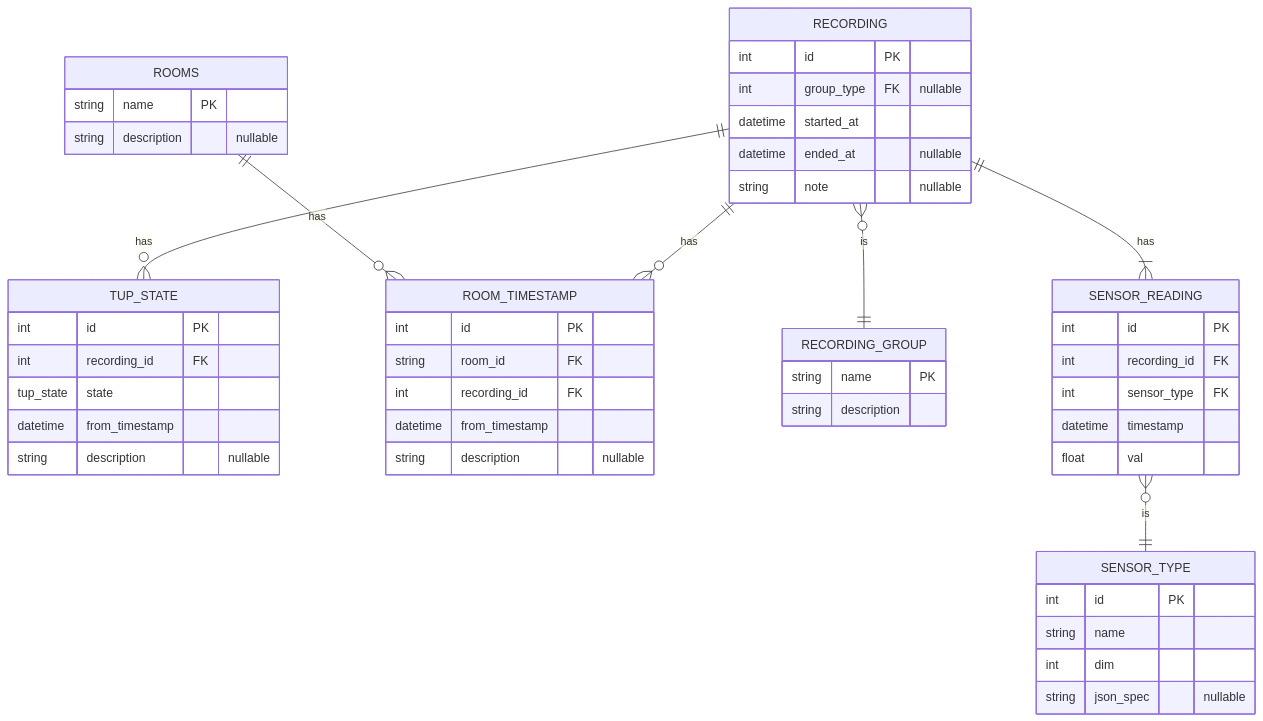
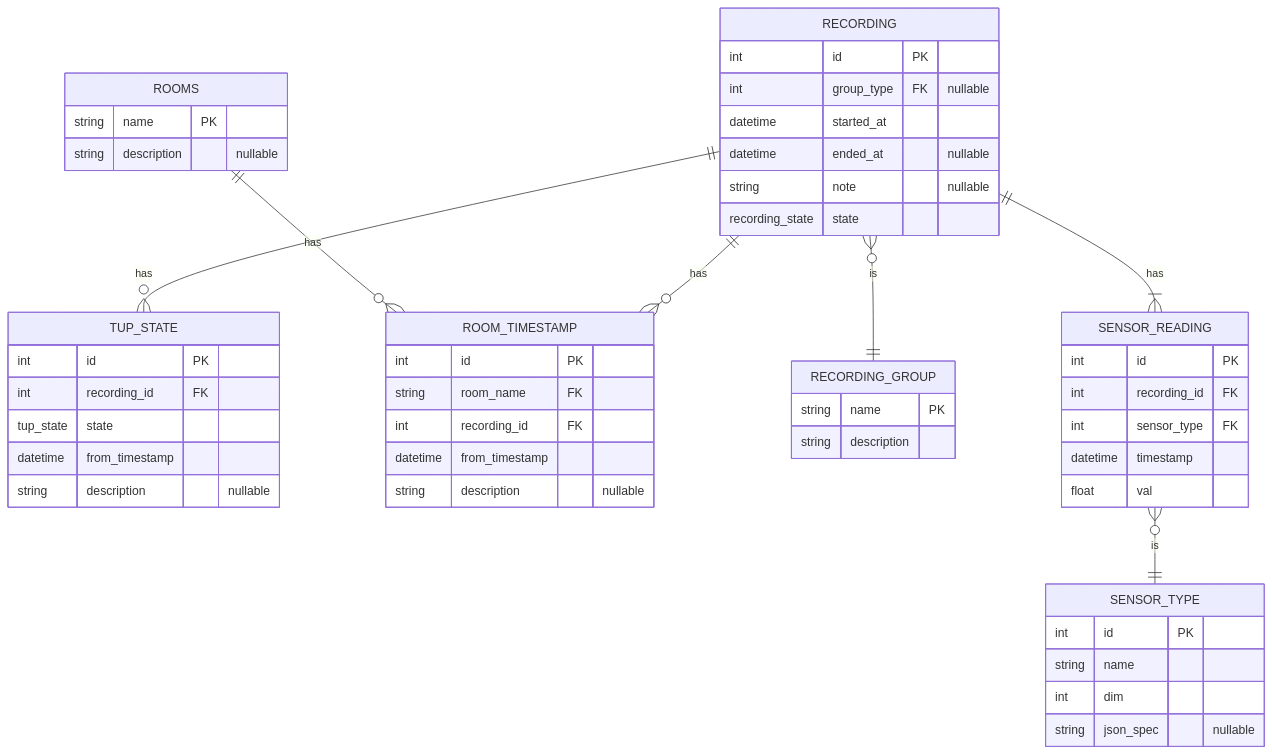
The diagram in labs/TupTrack/docs/db-schema.md (PrzemyslawBorczak1/TupTup), drawn with Mermaid before and after one commit. The commit also changed 12 other files, not shown here.

````diff
--- a/labs/TupTrack/docs/db-schema.md
+++ b/labs/TupTrack/docs/db-schema.md
@@ -4,58 +4,59 @@
 ```mermaid
 erDiagram
     RECORDING ||--o{ TUP_STATE : has
     RECORDING ||--o{ ROOM_TIMESTAMP : has
     ROOMS ||--o{ ROOM_TIMESTAMP : has
     RECORDING }o--|| RECORDING_GROUP : is
     RECORDING ||--|{ SENSOR_READING : has
     SENSOR_READING }o--|| SENSOR_TYPE : is
 
     RECORDING {
         int id PK
         int group_type FK "nullable"
         datetime started_at
         datetime ended_at "nullable"
         string note "nullable"
+        recording_state state
     }
 
     SENSOR_READING {
         int id PK
         int recording_id FK
         int sensor_type FK
         datetime timestamp
         float val
     }
 
     SENSOR_TYPE {
         int id PK
         string name
         int dim
         string json_spec "nullable"
     }
 
     TUP_STATE  {
         int id PK
         int recording_id FK
         tup_state state
         datetime from_timestamp
         string description "nullable"
     }
 
     ROOMS{
         string name PK
         string description "nullable"
     }
 
     ROOM_TIMESTAMP  {
         int id PK
-        string room_id FK
+        string room_name FK
         int recording_id FK
         datetime from_timestamp
         string description "nullable"
     }
    
     RECORDING_GROUP{
         string name PK
         string description
     }
 ```
````
